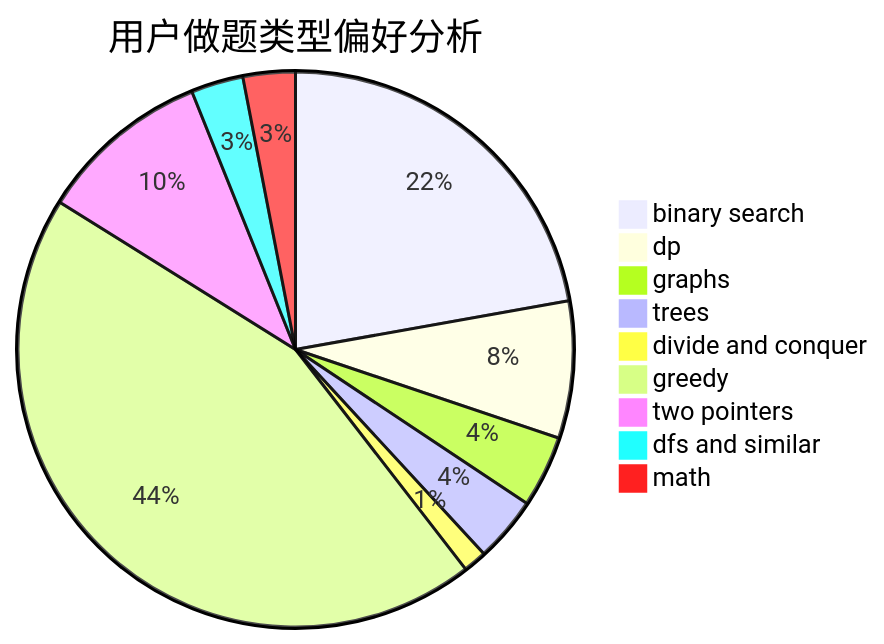
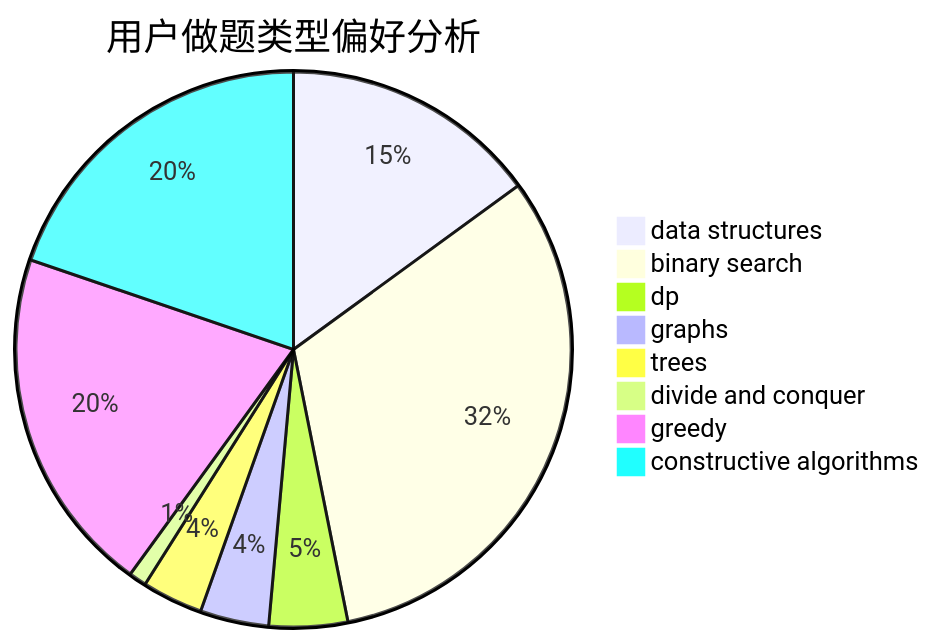
Before and after one commit to sherpahu/cfrs.github.io: the second of 3 diagrams in docs/user/u1514.md, drawn with Mermaid. The commit also changed other lines of this file and 2775 other files, not shown here.

````diff
--- a/docs/user/u1514.md
+++ b/docs/user/u1514.md
@@ -23,12 +23,11 @@
 ```mermaid
 pie title 用户做题类型偏好分析
-    "binary search" :  292
-    "dp" :  105
-    "graphs" :  55
-    "trees" :  50
-    "divide and conquer" :  18
-    "greedy" :  584
-    "two pointers" :  132
-    "dfs and similar" :  40
-    "math" :  40
+    "data structures" :  131
+    "binary search" :  279
+    "dp" :  40
+    "graphs" :  35
+    "trees" :  31
+    "divide and conquer" :  9
+    "greedy" :  177
+    "constructive algorithms" :  173
 ```
````
